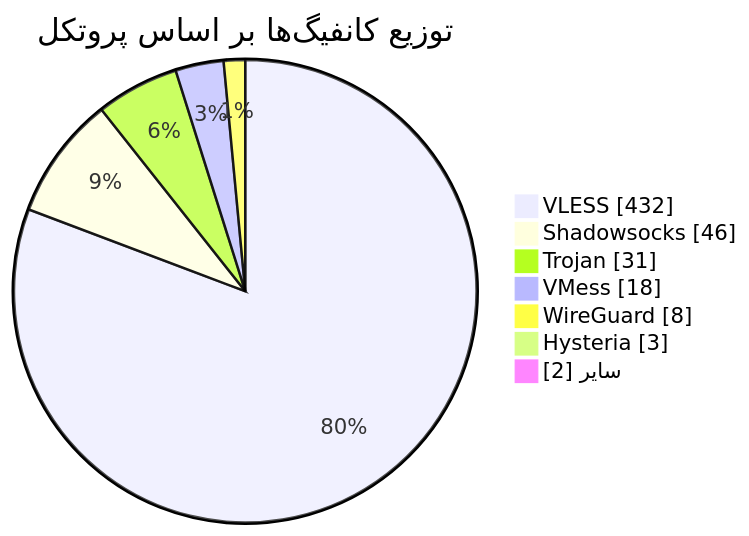
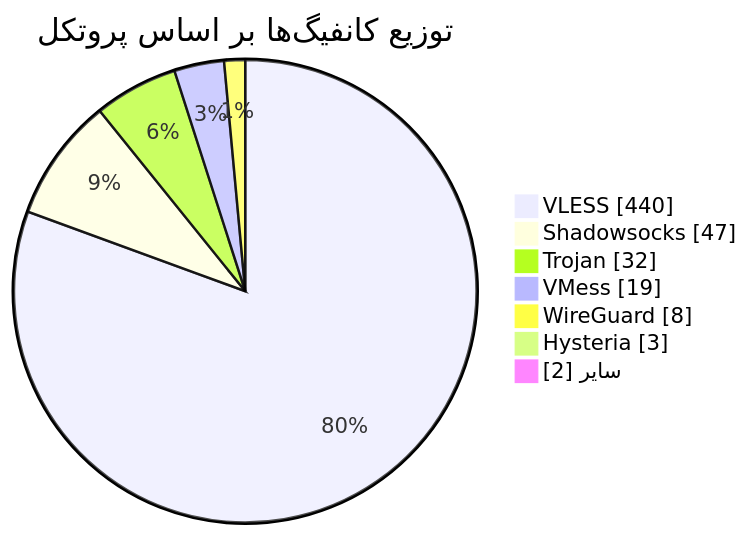
One commit to Arian-Alijani/Somthing changed the diagram in README.md. Above: the diagram before and after it, drawn with Mermaid. The commit also changed other lines of this file and 77 other files, not shown here.

````diff
--- a/README.md
+++ b/README.md
@@ -49,11 +49,11 @@
 ```mermaid
 pie showData
     title توزیع کانفیگ‌ها بر اساس پروتکل
-    "VLESS" : 432
-    "Shadowsocks" : 46
-    "Trojan" : 31
-    "VMess" : 18
+    "VLESS" : 440
+    "Shadowsocks" : 47
+    "Trojan" : 32
+    "VMess" : 19
     "WireGuard" : 8
     "Hysteria" : 3
     "سایر" : 2
 ```
````
